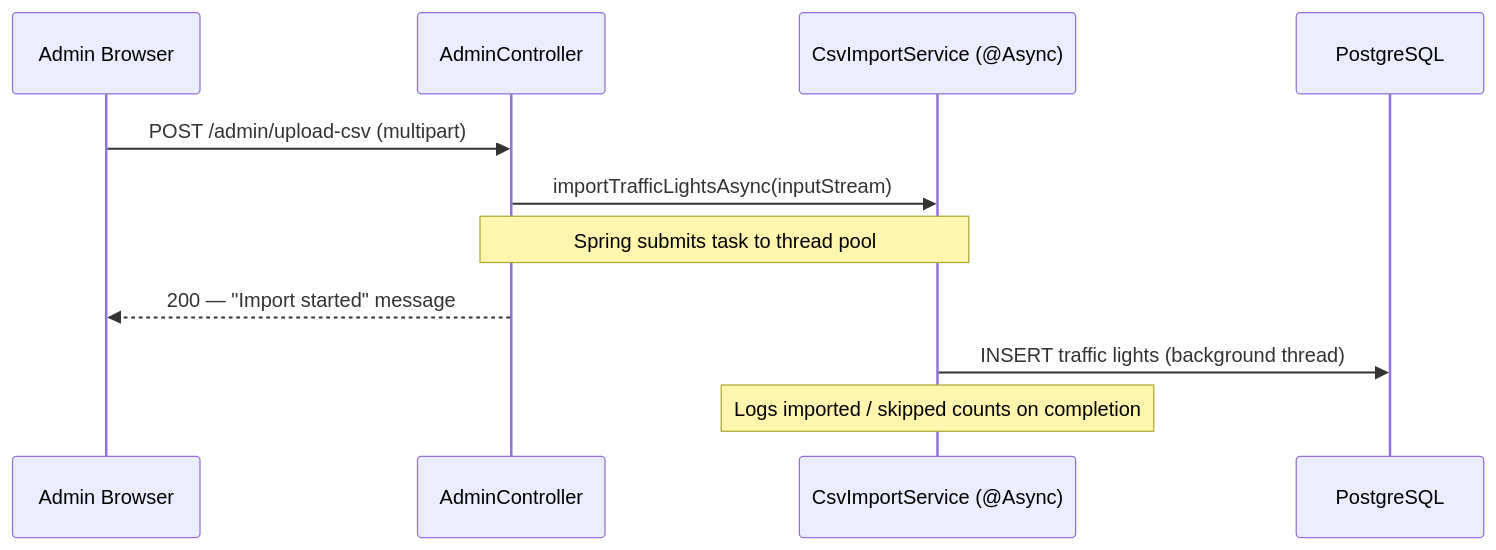
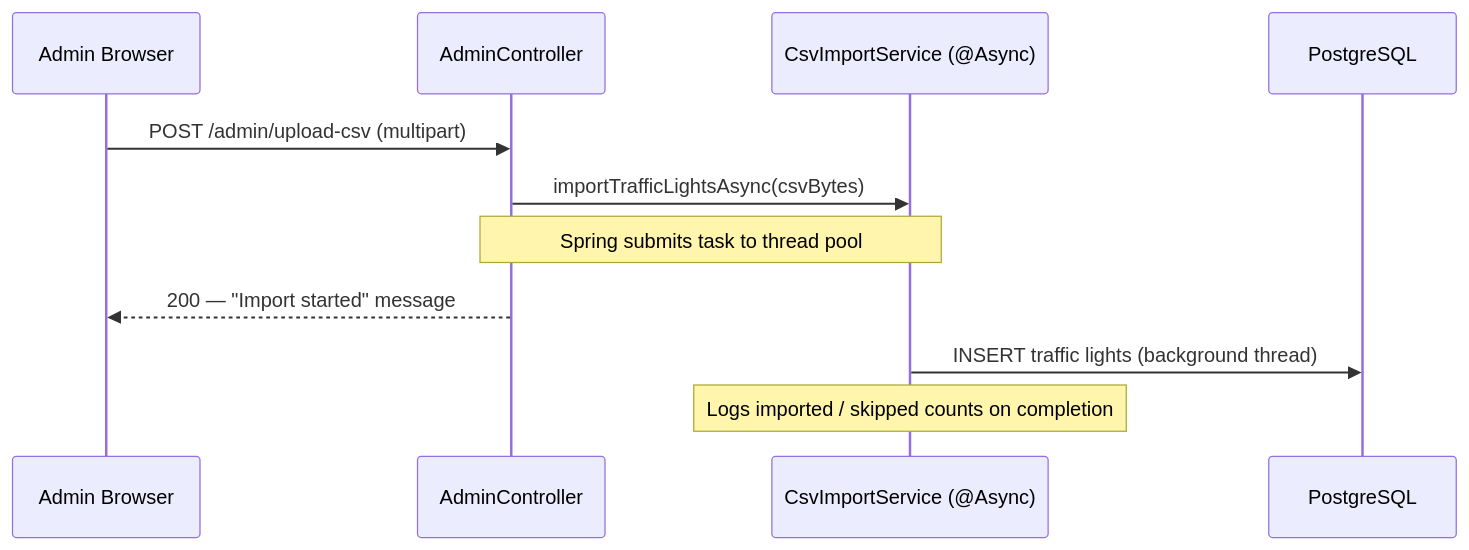
Before and after one commit to Nister37/TrafficLights: the seventh of 7 diagrams in README.md, drawn with Mermaid. The commit also changed other lines of this file and 6 other files, not shown here.

Commit message:
docs: align documentation with implemented security flows

````diff
--- a/README.md
+++ b/README.md
@@ -428,14 +448,14 @@
 ```mermaid
 sequenceDiagram
     participant Admin as Admin Browser
     participant Controller as AdminController
     participant Service as CsvImportService (@Async)
     participant DB as PostgreSQL
 
     Admin->>Controller: POST /admin/upload-csv (multipart)
-    Controller->>Service: importTrafficLightsAsync(inputStream)
+    Controller->>Service: importTrafficLightsAsync(csvBytes)
     Note over Controller,Service: Spring submits task to thread pool
     Controller-->>Admin: 200 — "Import started" message
     Service->>DB: INSERT traffic lights (background thread)
     Note over Service: Logs imported / skipped counts on completion
 ```
````
